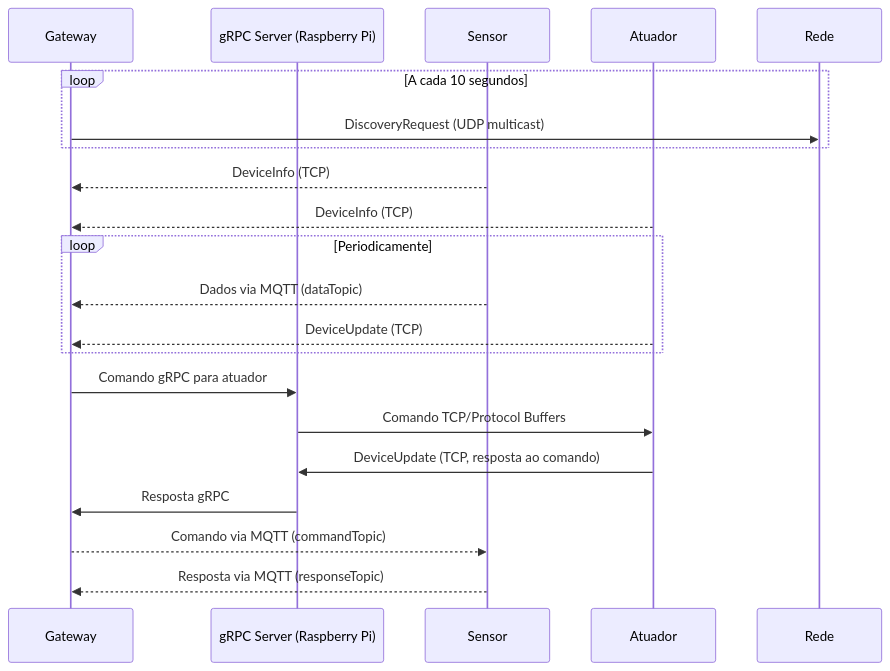
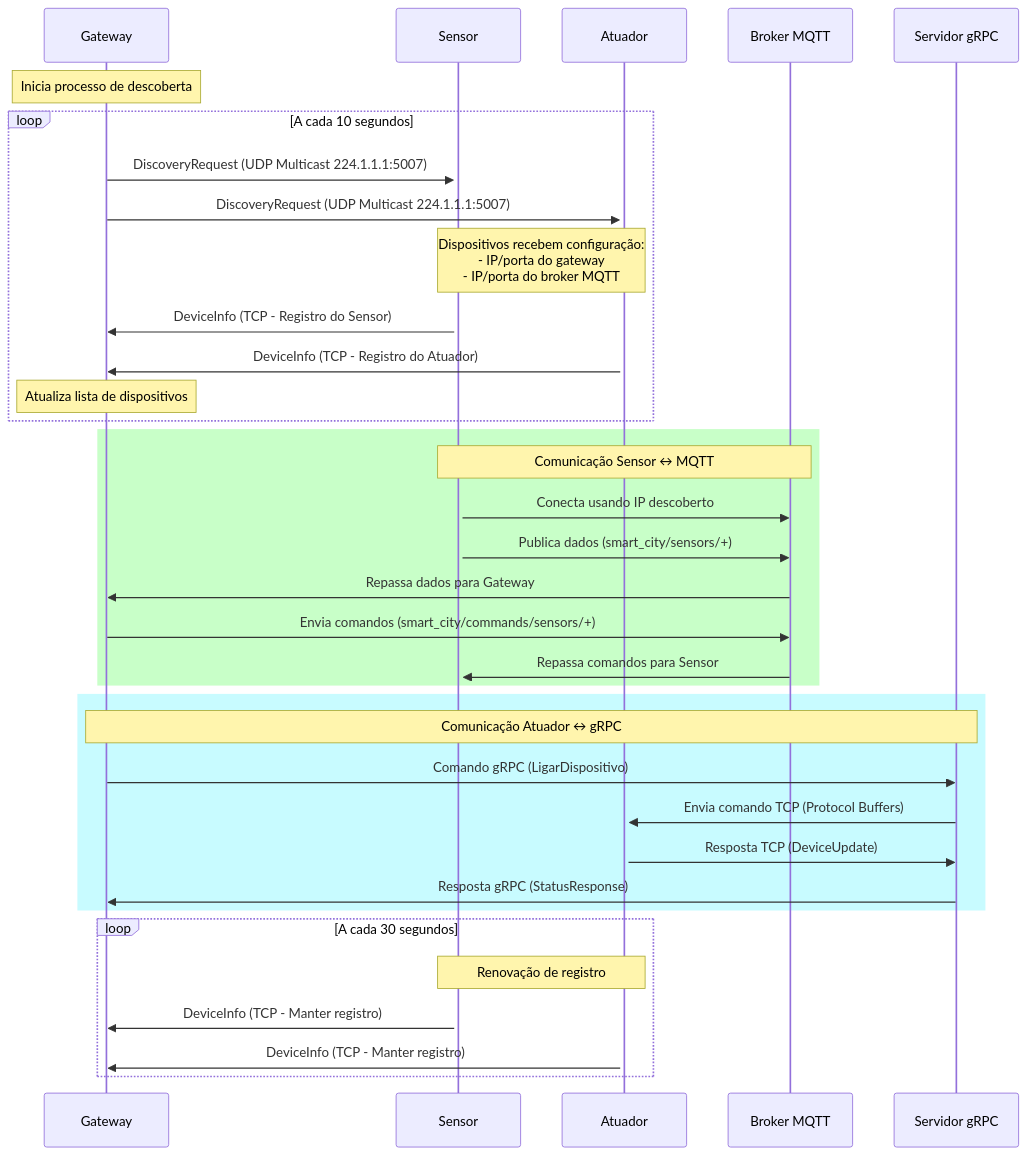
Before and after one commit to mdo-br/Trabalho-SD-gRPC-RabbitMQ-MQTT: the diagram in README_DISCOVERY.md, drawn with Mermaid. The commit also changed other lines of this file and 1 other file, not shown here.

Commit message:
Atualiza diagrama de descoberta mais detalhado

````diff
--- a/README_DISCOVERY.md
+++ b/README_DISCOVERY.md
@@ -19,23 +19,45 @@
 ```mermaid
 sequenceDiagram
-    participant Gateway
-    participant gRPCServer as gRPC Server (Raspberry Pi)
-    participant Sensor
-    participant Atuador
-
+    participant G as Gateway
+    participant S as Sensor
+    participant A as Atuador
+    participant MQTT as Broker MQTT
+    participant gRPC as Servidor gRPC
+    
+    Note over G: Inicia processo de descoberta
+    
     loop A cada 10 segundos
-        Gateway->>Rede: DiscoveryRequest (UDP multicast)
+        G->>+S: DiscoveryRequest (UDP Multicast 224.1.1.1:5007)
+        G->>+A: DiscoveryRequest (UDP Multicast 224.1.1.1:5007)
+        
+        Note over S,A: Dispositivos recebem configuração:<br/>- IP/porta do gateway<br/>- IP/porta do broker MQTT
+        
+        S->>G: DeviceInfo (TCP - Registro do Sensor)
+        A->>G: DeviceInfo (TCP - Registro do Atuador)
+        
+        Note over G: Atualiza lista de dispositivos
     end
-    Sensor-->>Gateway: DeviceInfo (TCP)
-    Atuador-->>Gateway: DeviceInfo (TCP)
-    loop Periodicamente
-        Sensor-->>Gateway: Dados via MQTT (dataTopic)
-        Atuador-->>Gateway: DeviceUpdate (TCP)
+    
+    rect rgb(200, 255, 200)
+        Note over S,MQTT: Comunicação Sensor ↔ MQTT
+        S->>MQTT: Conecta usando IP descoberto
+        S->>MQTT: Publica dados (smart_city/sensors/+)
+        MQTT->>G: Repassa dados para Gateway
+        G->>MQTT: Envia comandos (smart_city/commands/sensors/+)
+        MQTT->>S: Repassa comandos para Sensor
     end
-    Gateway->>gRPCServer: Comando gRPC para atuador
-    gRPCServer->>Atuador: Comando TCP/Protocol Buffers
-    Atuador->>gRPCServer: DeviceUpdate (TCP, resposta ao comando)
-    gRPCServer->>Gateway: Resposta gRPC
-    Gateway-->>Sensor: Comando via MQTT (commandTopic)
-    Sensor-->>Gateway: Resposta via MQTT (responseTopic)
+    
+    rect rgba(200, 251, 255, 1)
+        Note over G,gRPC: Comunicação Atuador ↔ gRPC
+        G->>gRPC: Comando gRPC (LigarDispositivo)
+        gRPC->>A: Envia comando TCP (Protocol Buffers)
+        A->>gRPC: Resposta TCP (DeviceUpdate)
+        gRPC->>G: Resposta gRPC (StatusResponse)
+    end
+    
+    loop A cada 30 segundos
+        Note over S,A: Renovação de registro
+        S->>G: DeviceInfo (TCP - Manter registro)
+        A->>G: DeviceInfo (TCP - Manter registro)
+    end
 ```
````
